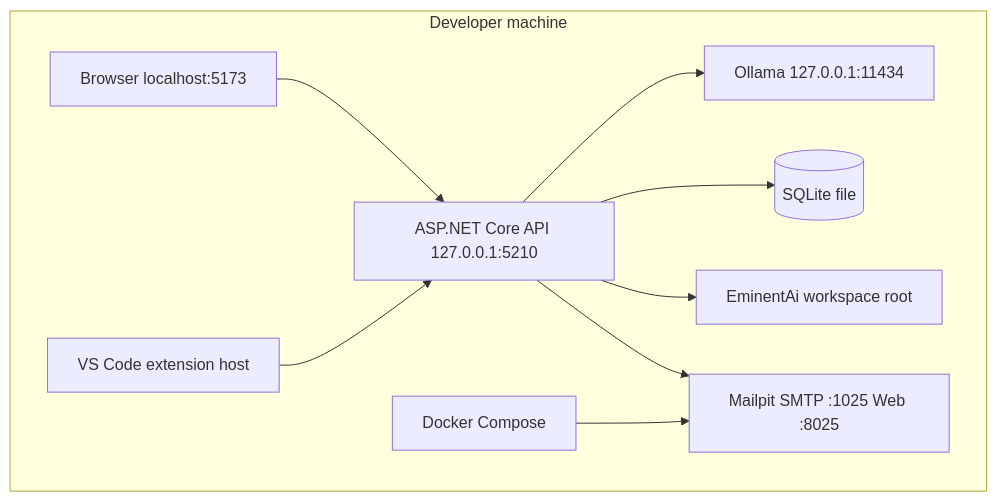
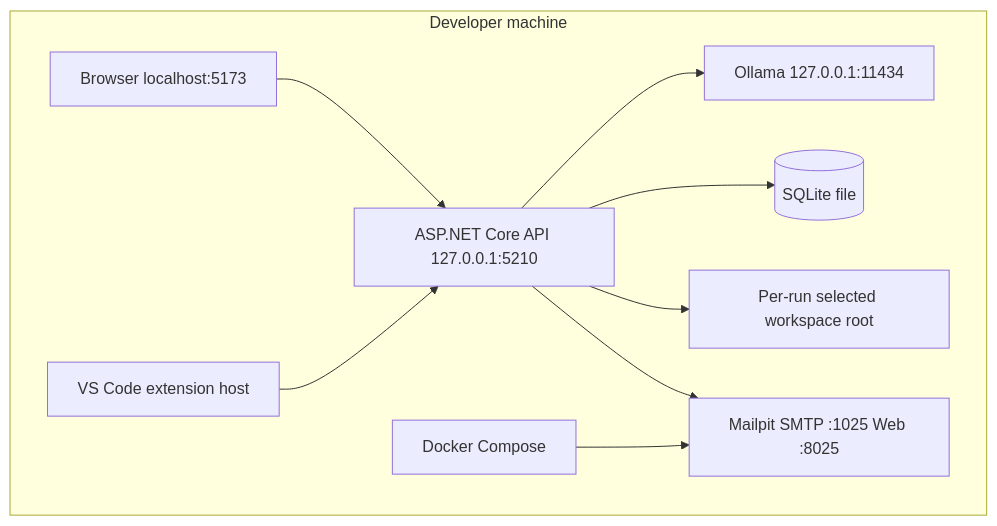
Before and after one commit to ekanatha-urivakili/EminentAiAgent: the third of 16 diagrams in docs/AIAGENT_ARCHITECTURE.md, drawn with Mermaid. The commit also changed other lines of this file and 45 other files, not shown here.

````diff
--- a/docs/AIAGENT_ARCHITECTURE.md
+++ b/docs/AIAGENT_ARCHITECTURE.md
@@ -132,21 +136,21 @@
 ```mermaid
 flowchart TB
     subgraph DeveloperMachine[Developer machine]
         Browser[Browser localhost:5173]
         VSCode[VS Code extension host]
         Api[ASP.NET Core API 127.0.0.1:5210]
         Ollama[Ollama 127.0.0.1:11434]
         Sqlite[(SQLite file)]
-        Workspace[EminentAi workspace root]
+        Workspace[Per-run selected workspace root]
         Docker[Docker Compose]
         Mailpit[Mailpit SMTP :1025 Web :8025]
     end
 
     Browser --> Api
     VSCode --> Api
     Api --> Ollama
     Api --> Sqlite
     Api --> Workspace
     Docker --> Mailpit
     Api --> Mailpit
 ```
````
